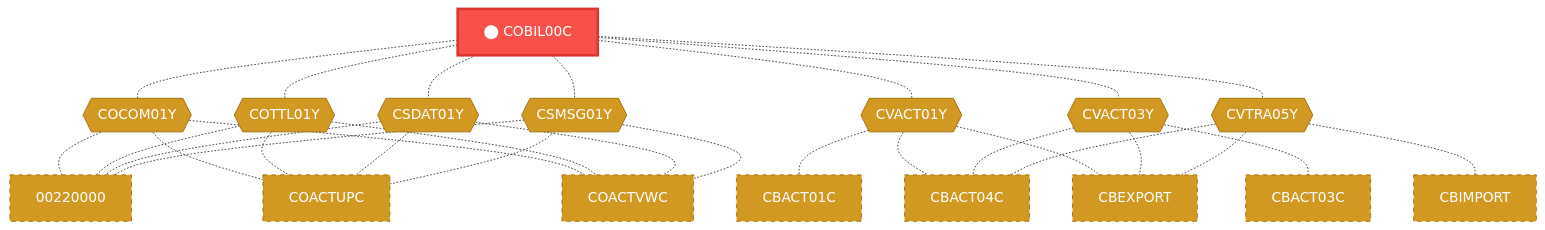
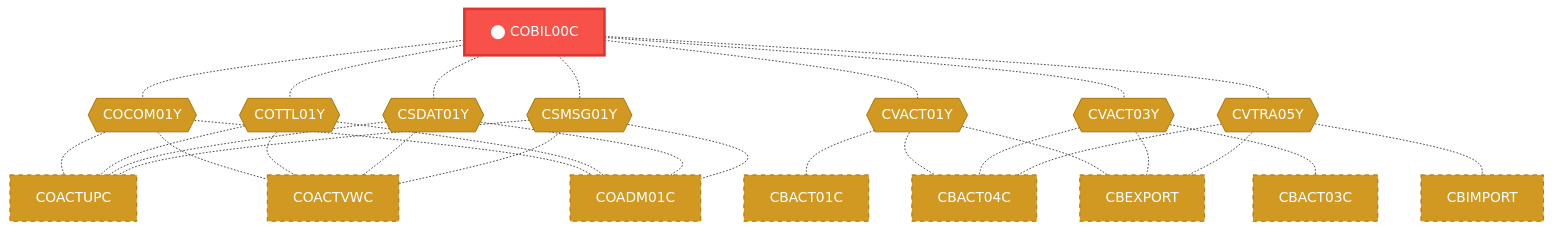
Before and after one commit to Arun973150/new_doc: the first of 2 diagrams in Unisys_doc-main/doc_demo/docs/programs/COBIL00C.md, drawn with Mermaid. The commit also changed other lines of this file and 609 other files, not shown here.

````diff
--- a/Unisys_doc-main/doc_demo/docs/programs/COBIL00C.md
+++ b/Unisys_doc-main/doc_demo/docs/programs/COBIL00C.md
@@ -57,66 +57,66 @@
 ```mermaid
 flowchart TD
     COBIL00C["⬤ COBIL00C"]:::target
     CB_COCOM01Y{{"COCOM01Y"}}:::copybook
     COBIL00C -.- CB_COCOM01Y
-    00220000["00220000"]:::coupled
-    CB_COCOM01Y -.- 00220000
     COACTUPC["COACTUPC"]:::coupled
     CB_COCOM01Y -.- COACTUPC
     COACTVWC["COACTVWC"]:::coupled
     CB_COCOM01Y -.- COACTVWC
+    COADM01C["COADM01C"]:::coupled
+    CB_COCOM01Y -.- COADM01C
     CB_COTTL01Y{{"COTTL01Y"}}:::copybook
     COBIL00C -.- CB_COTTL01Y
-    00220000["00220000"]:::coupled
-    CB_COTTL01Y -.- 00220000
     COACTUPC["COACTUPC"]:::coupled
     CB_COTTL01Y -.- COACTUPC
     COACTVWC["COACTVWC"]:::coupled
     CB_COTTL01Y -.- COACTVWC
+    COADM01C["COADM01C"]:::coupled
+    CB_COTTL01Y -.- COADM01C
     CB_CSDAT01Y{{"CSDAT01Y"}}:::copybook
     COBIL00C -.- CB_CSDAT01Y
-    00220000["00220000"]:::coupled
-    CB_CSDAT01Y -.- 00220000
     COACTUPC["COACTUPC"]:::coupled
     CB_CSDAT01Y -.- COACTUPC
     COACTVWC["COACTVWC"]:::coupled
     CB_CSDAT01Y -.- COACTVWC
+    COADM01C["COADM01C"]:::coupled
+    CB_CSDAT01Y -.- COADM01C
     CB_CSMSG01Y{{"CSMSG01Y"}}:::copybook
     COBIL00C -.- CB_CSMSG01Y
-    00220000["00220000"]:::coupled
-    CB_CSMSG01Y -.- 00220000
     COACTUPC["COACTUPC"]:::coupled
     CB_CSMSG01Y -.- COACTUPC
     COACTVWC["COACTVWC"]:::coupled
     CB_CSMSG01Y -.- COACTVWC
+    COADM01C["COADM01C"]:::coupled
+    CB_CSMSG01Y -.- COADM01C
     CB_CVACT01Y{{"CVACT01Y"}}:::copybook
     COBIL00C -.- CB_CVACT01Y
     CBACT01C["CBACT01C"]:::coupled
     CB_CVACT01Y -.- CBACT01C
     CBACT04C["CBACT04C"]:::coupled
     CB_CVACT01Y -.- CBACT04C
     CBEXPORT["CBEXPORT"]:::coupled
     CB_CVACT01Y -.- CBEXPORT
     CB_CVACT03Y{{"CVACT03Y"}}:::copybook
     COBIL00C -.- CB_CVACT03Y
     CBACT03C["CBACT03C"]:::coupled
     CB_CVACT03Y -.- CBACT03C
     CBACT04C["CBACT04C"]:::coupled
     CB_CVACT03Y -.- CBACT04C
     CBEXPORT["CBEXPORT"]:::coupled
     CB_CVACT03Y -.- CBEXPORT
     CB_CVTRA05Y{{"CVTRA05Y"}}:::copybook
     COBIL00C -.- CB_CVTRA05Y
     CBACT04C["CBACT04C"]:::coupled
     CB_CVTRA05Y -.- CBACT04C
     CBEXPORT["CBEXPORT"]:::coupled
     CB_CVTRA05Y -.- CBEXPORT
     CBIMPORT["CBIMPORT"]:::coupled
     CB_CVTRA05Y -.- CBIMPORT
     classDef target fill:#f85149,stroke:#da3633,color:#fff,stroke-width:3px
     classDef caller fill:#58a6ff,stroke:#1f6feb,color:#fff
     classDef callee fill:#3fb950,stroke:#238636,color:#fff
     classDef copybook fill:#d29922,stroke:#9e6a03,color:#fff
     classDef coupled fill:#d29922,stroke:#9e6a03,color:#fff,stroke-dasharray:5
     classDef transitive fill:#484f58,stroke:#8b949e,color:#c9d1d9,stroke-dasharray:5
 ```
````
